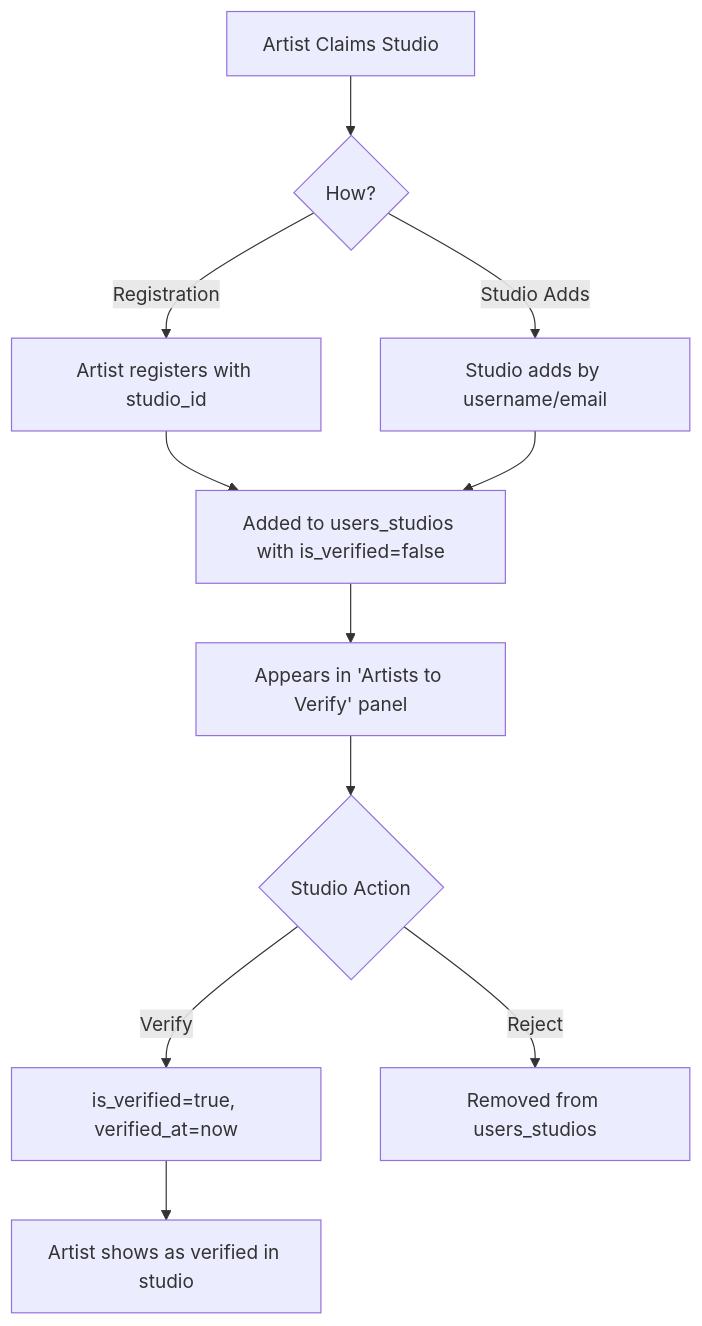
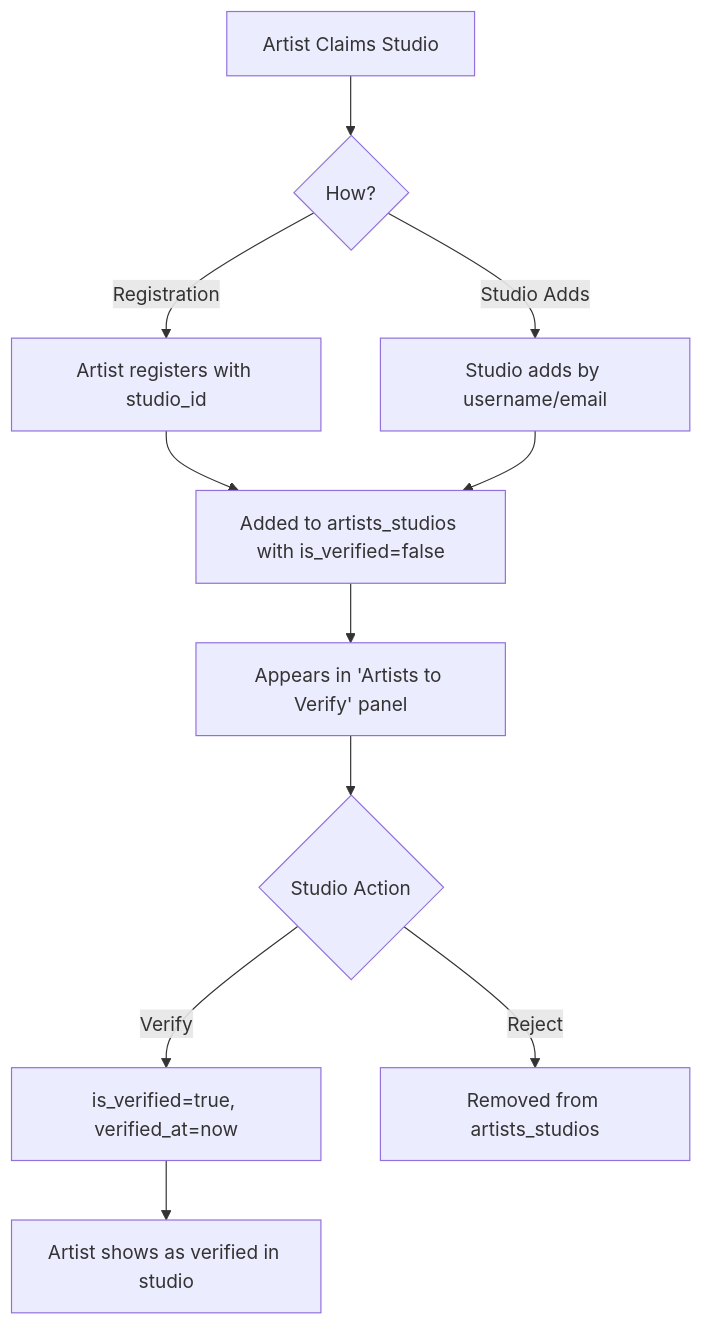
Before and after one commit to Ink-Empire/ink-api: the second of 2 diagrams in docs/flows/studio-registration-management.md, drawn with Mermaid. The commit also changed other lines of this file and 12 other files, not shown here.

Commit message:
allow users to favorite studios

````diff
--- a/docs/flows/studio-registration-management.md
+++ b/docs/flows/studio-registration-management.md
@@ -316,13 +316,13 @@
 ```mermaid
 flowchart TD
     A[Artist Claims Studio] --> B{How?}
     B --> |Registration| C[Artist registers with studio_id]
     B --> |Studio Adds| D[Studio adds by username/email]
-    C --> E[Added to users_studios with is_verified=false]
+    C --> E[Added to artists_studios with is_verified=false]
     D --> E
     E --> F[Appears in 'Artists to Verify' panel]
     F --> G{Studio Action}
     G --> |Verify| H[is_verified=true, verified_at=now]
-    G --> |Reject| I[Removed from users_studios]
+    G --> |Reject| I[Removed from artists_studios]
     H --> J[Artist shows as verified in studio]
 ```
````
